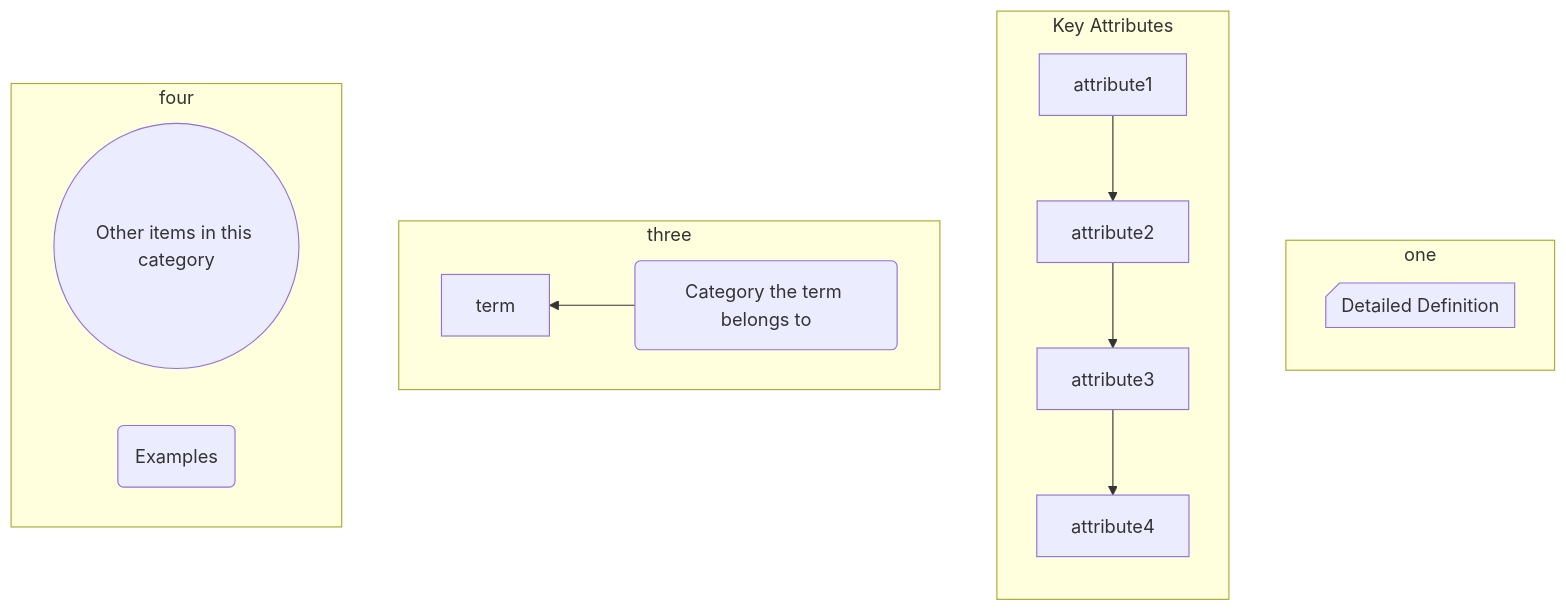
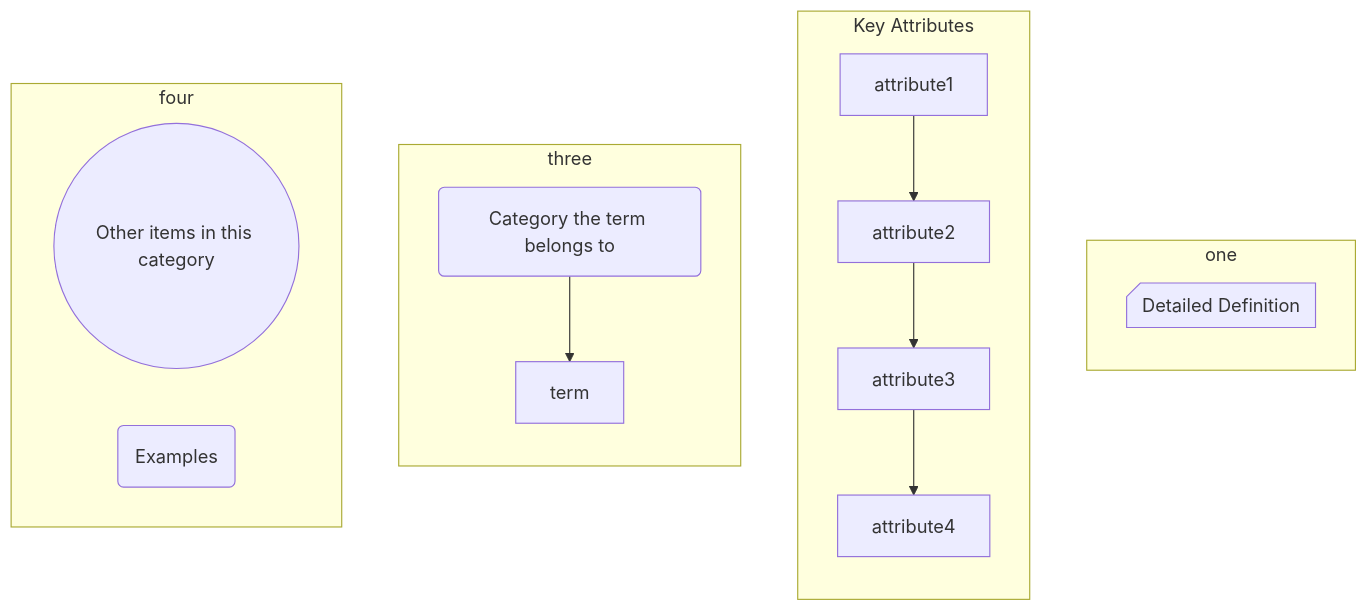
The diagram in slides.md (gerbssusd/dok), drawn with Mermaid before and after one commit.

````diff
--- a/slides.md
+++ b/slides.md
@@ -217,29 +217,29 @@
 ```mermaid
 flowchart TB
     subgraph one 
      direction TB
     a1@{ shape: card, label: Detailed Definition}
      end
     subgraph Key Attributes
      direction TB
      d1[attribute1] -->
      d2[attribute2] -->
      d3[attribute3] -->
      d4[attribute4] 
      end
     subgraph three
-      direction RL
+      direction TB
         b1(Category the term belongs to) -->
         b2[term]
         end
     subgraph four
         e1((Other items in this category))
         e2(Examples              )
         end
 
 
 
 
 
 
 ```
````
